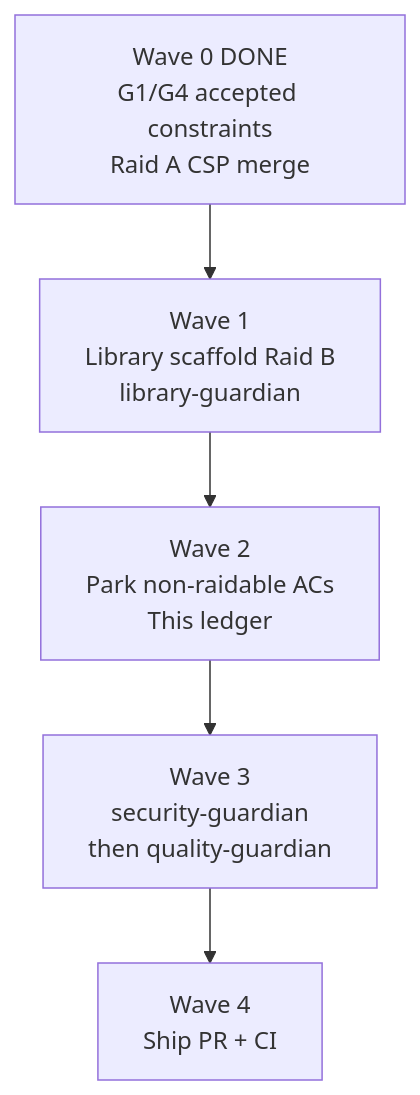
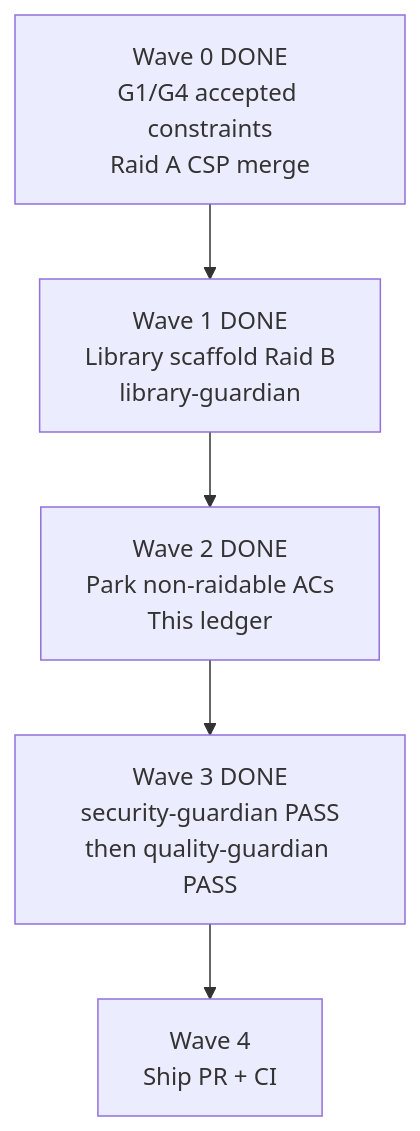
One commit to jzferrell26/operation-automated-lo changed the diagram in GAUNTLET_EXECUTION_LEDGER.md. Above: the diagram before and after it, drawn with Mermaid. The commit also changed other lines of this file and 1 other file, not shown here.

Commit message:
docs(qa): gauntlet closeout quality-guardian report

````diff
--- a/GAUNTLET_EXECUTION_LEDGER.md
+++ b/GAUNTLET_EXECUTION_LEDGER.md
@@ -67,13 +67,13 @@
 ```mermaid
 flowchart TD
     W0["Wave 0 DONE<br/>G1/G4 accepted constraints<br/>Raid A CSP merge"]
-    W1["Wave 1<br/>Library scaffold Raid B<br/>library-guardian"]
-    W2["Wave 2<br/>Park non-raidable ACs<br/>This ledger"]
-    W3["Wave 3<br/>security-guardian<br/>then quality-guardian"]
+    W1["Wave 1 DONE<br/>Library scaffold Raid B<br/>library-guardian"]
+    W2["Wave 2 DONE<br/>Park non-raidable ACs<br/>This ledger"]
+    W3["Wave 3 DONE<br/>security-guardian PASS<br/>then quality-guardian PASS"]
     W4["Wave 4<br/>Ship PR + CI"]
 
     W0 --> W1
     W1 --> W2
     W2 --> W3
     W3 --> W4
 ```
````
